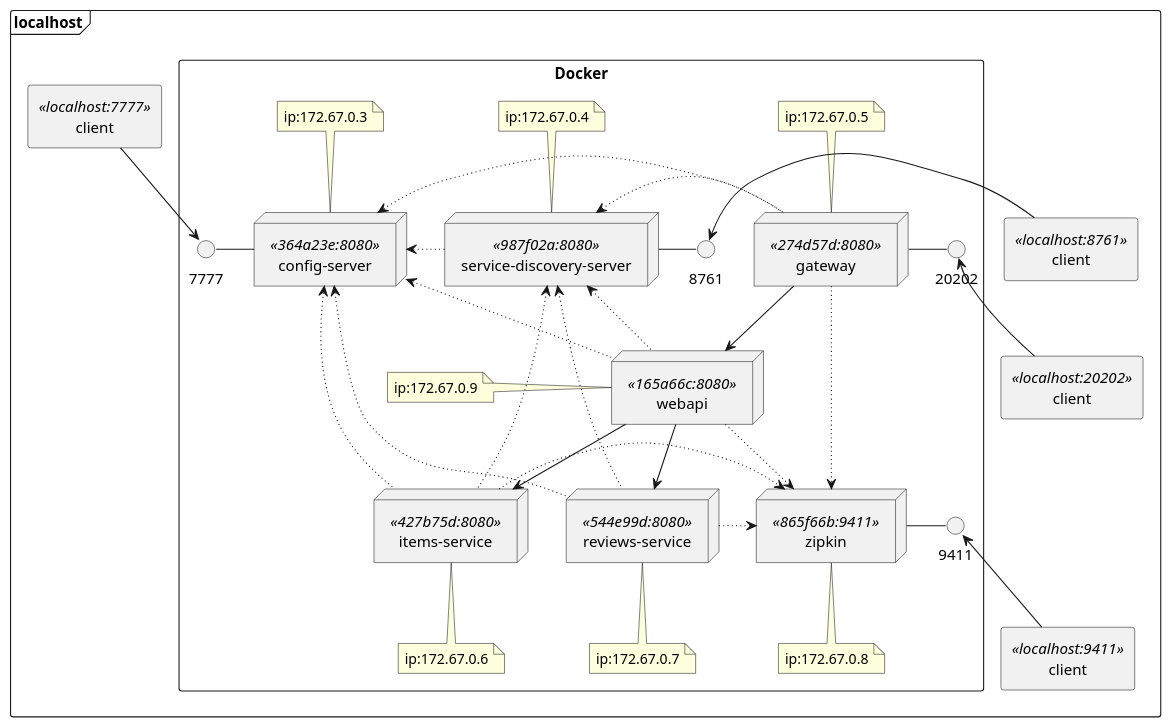
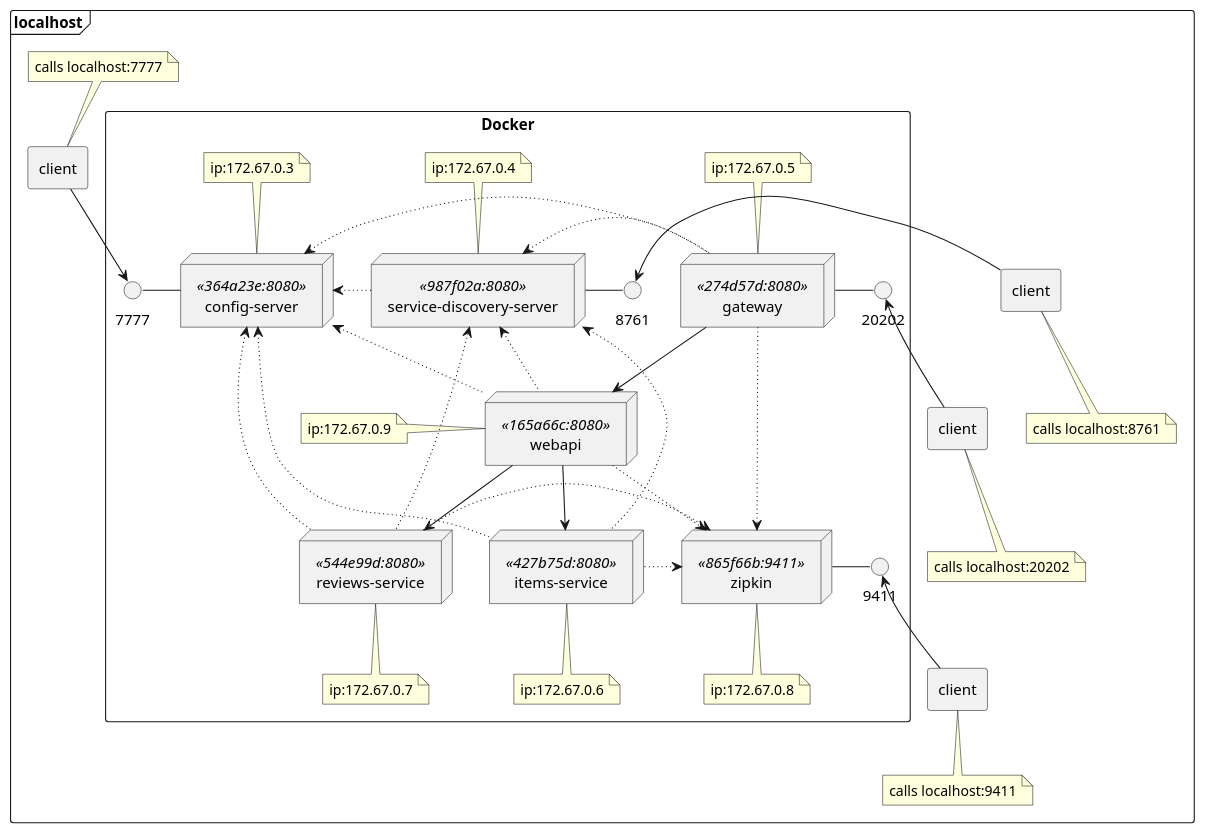
One commit to kenalexandersson/acorn-microservices-tutorial changed the diagram in guide/puml/docker-run-services.puml. Above: the diagram before and after it, drawn with PlantUML. The commit also changed 3 other files, not shown here.

```diff
--- a/guide/puml/docker-run-services.puml
+++ b/guide/puml/docker-run-services.puml
@@ -1,74 +1,79 @@
 @startuml
 
 skinparam shadowing false
 
 frame localhost {
 
-    agent client <<localhost:20202>> as gatewayclient
-    agent client <<localhost:7777>> as csclient
-    agent client <<localhost:8761>> as sdsclient
-    agent client <<localhost:9411>> as zipclient
+    agent client as gatewayclient
+    agent client as csclient
+    agent client as sdsclient
+    agent client as zipclient
+
+    note bottom of gatewayclient : calls localhost:20202
+    note top of csclient : calls localhost:7777
+    note bottom of sdsclient : calls localhost:8761
+    note bottom of zipclient : calls localhost:9411
 
     rectangle Docker {
 
         node config-server <<364a23e:8080>> as cs {
         }
         node service-discovery-server <<987f02a:8080>> as sds {
         }
         node gateway <<274d57d:8080>> as gateway {
         }
         node webapi <<165a66c:8080>> as webapi {
         }
         node items-service <<427b75d:8080>> as is {
         }
         node reviews-service <<544e99d:8080>> as rs {
         }
         node zipkin <<865f66b:9411>> as zipkin {
         }
 
         interface 20202 as gateport
         interface 7777 as csport
         interface 8761 as sdsport
         interface 9411 as zipport
 
         gateway - gateport
         zipkin -left- zipport
 
         cs - csport
         cs <~ gateway
         cs <~ webapi
         cs <~ is
         cs <~ rs
         cs <~ sds
 
         sds - sdsport
         sds <~ gateway
         sds <~ webapi
         sds <~ is
         sds <~ rs
 
         gateway --> webapi
         webapi --> is
         webapi --> rs
 
         gateway ~> zipkin
         webapi ~> zipkin
         is ~> zipkin
         rs ~> zipkin
 
         note top of cs : ip:172.67.0.3
         note top of sds : ip:172.67.0.4
         note top of gateway : ip:172.67.0.5
         note bottom of is : ip:172.67.0.6
         note bottom of rs : ip:172.67.0.7
         note bottom of zipkin : ip:172.67.0.8
         note left of webapi : ip:172.67.0.9
     }
 
     gatewayclient -up-> gateport
     csclient --> csport
     sdsclient -left-> sdsport
     zipclient -up-> zipport
 }
 
 @enduml
```
